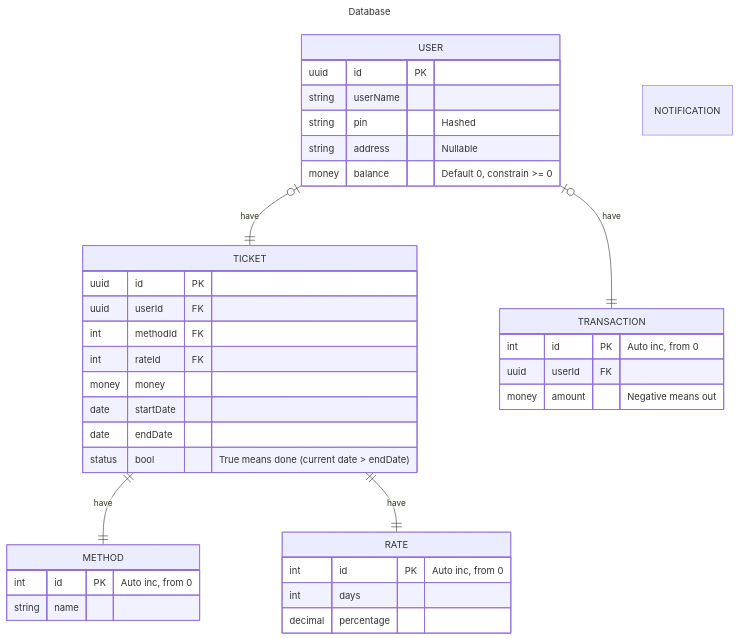
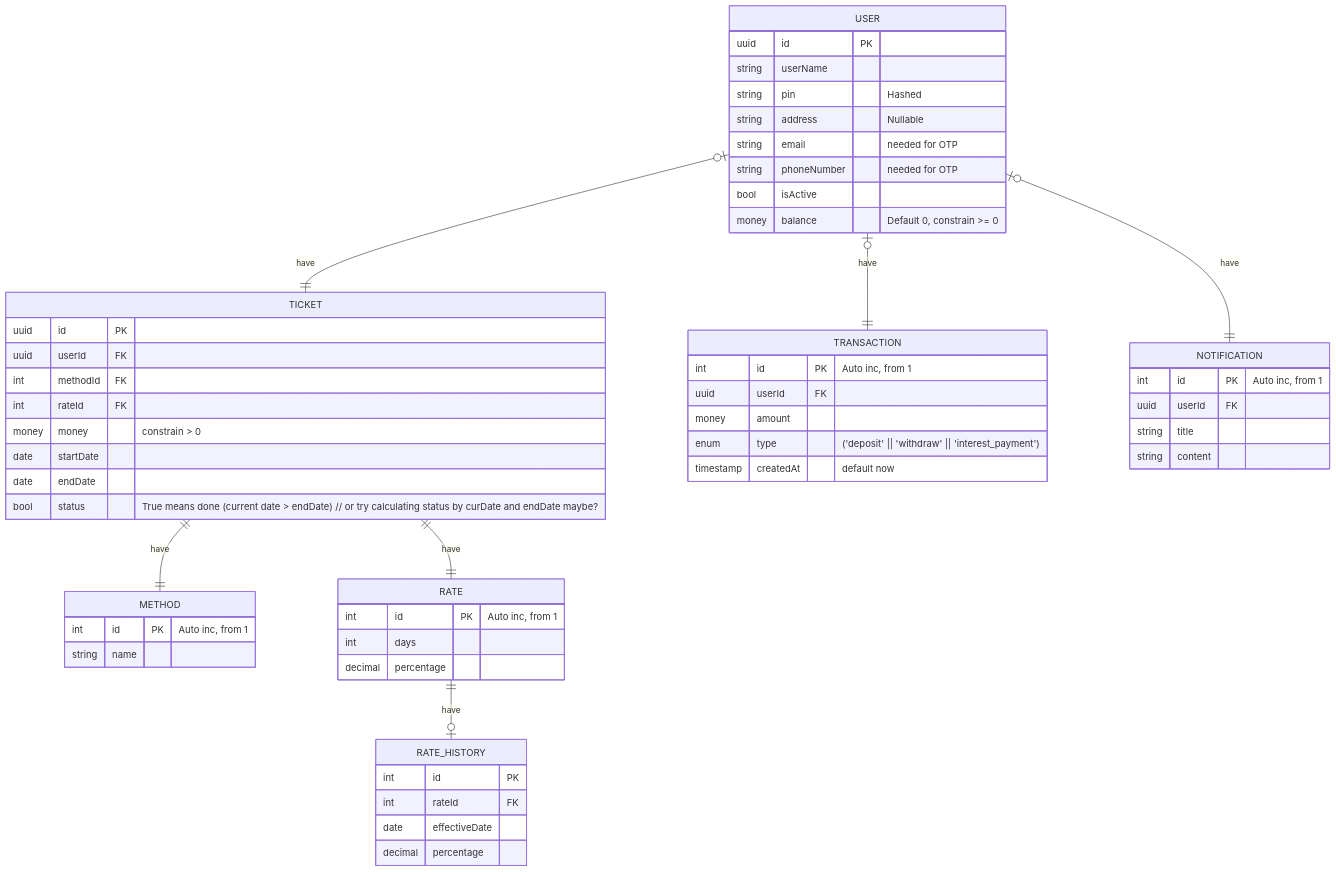
The first of 2 diagrams in profile/README.md (coinhub-uit/.github), drawn with Mermaid before and after one commit. The commit also changed other lines of this file, not shown here.

````diff
--- a/profile/README.md
+++ b/profile/README.md
@@ -15,50 +15,64 @@
 ```mermaid
----
-title: Database
----
 erDiagram
   USER {
     uuid id PK
     string userName
     string pin "Hashed"
     string address "Nullable"
+    string email "needed for OTP"
+    string phoneNumber "needed for OTP"
+    bool isActive
     money balance "Default 0, constrain >= 0"
   }
 
   METHOD {
-    int id PK "Auto inc, from 0"
+    int id PK "Auto inc, from 1"
     string name
   }
 
   RATE {
-    int id PK "Auto inc, from 0"
+    int id PK "Auto inc, from 1"
     int days
     decimal percentage
   }
 
   TICKET {
     uuid id PK
     uuid userId FK
     int methodId FK
     int rateId FK
-    money money
+    money money "constrain > 0"
     date startDate
     date endDate
-    status bool "True means done (current date > endDate)"
+    bool status "True means done (current date > endDate) // or try calculating status by curDate and endDate maybe?"
   }
 
   TRANSACTION {
-    int id PK "Auto inc, from 0"
+    int id PK "Auto inc, from 1"
     uuid userId FK
-    money amount "Negative means out"
+    money amount 
+    enum type "('deposit' || 'withdraw' || 'interest_payment')"
+    timestamp createdAt "default now"
   }
 
   NOTIFICATION {
+    int id PK "Auto inc, from 1"
+    uuid userId FK
+    string title
+    string content 
+  }
 
+  RATE_HISTORY {
+    int id PK
+    int rateId FK
+    date effectiveDate
+    decimal percentage
   }
 
   USER |o--|| TICKET : have
   TICKET ||--|| METHOD : have
   TICKET ||--|| RATE : have
   USER |o--|| TRANSACTION : have
+  USER |o--|| NOTIFICATION : have
+  RATE ||--o| RATE_HISTORY : have
 ```
````
